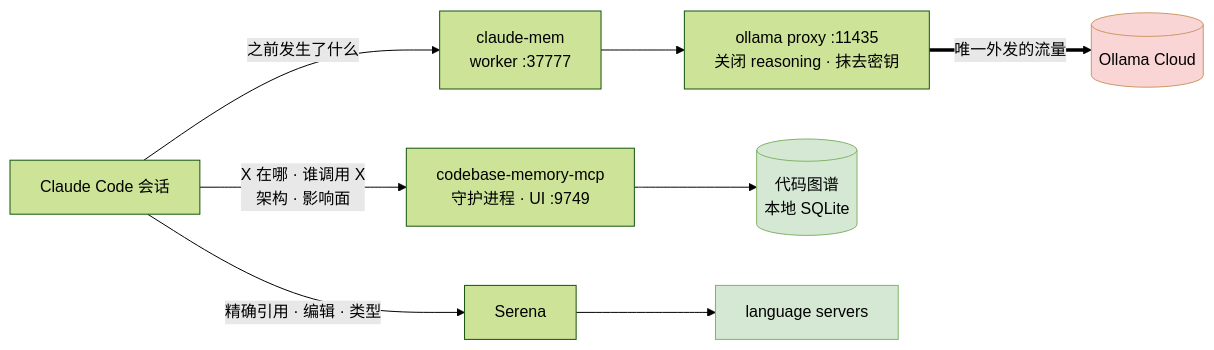
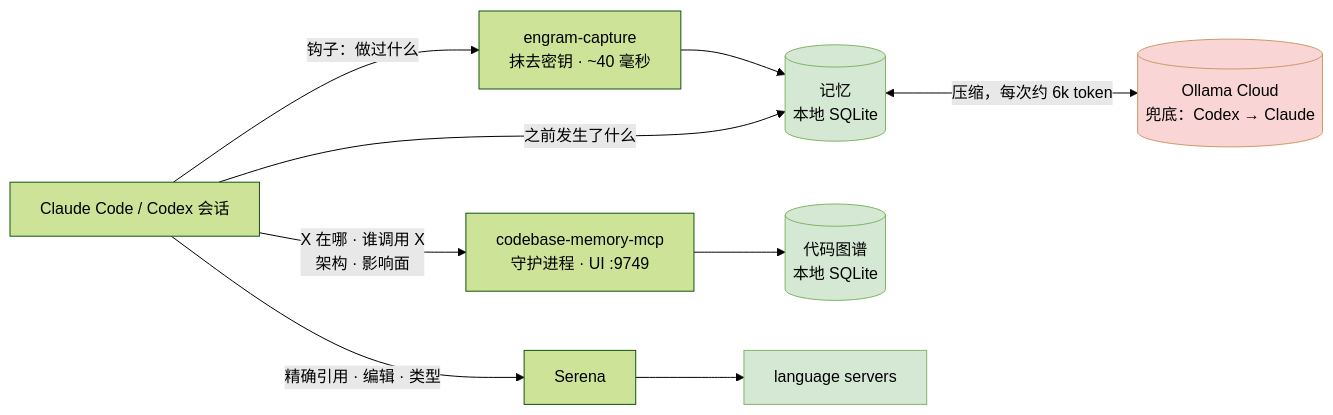
Before and after one commit to limeflash/claude-code-stack: the diagram in README.zh-CN.md, drawn with Mermaid (forest theme). The commit also changed other lines of this file and 10 other files, not shown here.

First line of the commit message:
Replace claude-mem, its proxy and watchdog with quipu

````diff
--- a/README.zh-CN.md
+++ b/README.zh-CN.md
@@ -45,18 +44,20 @@
 ```mermaid
 flowchart LR
-    CC["Claude Code 会话"]
+    CC["Claude Code / Codex 会话"]
 
-    CC -->|"之前发生了什么"| CM["claude-mem<br/>worker :37777"]
-    CM --> PX["ollama proxy :11435<br/>关闭 reasoning · 抹去密钥"]
-    PX ==>|"唯一外发的流量"| OC[("Ollama Cloud")]
+    CC -->|"钩子：做过什么"| CAP["engram-capture<br/>抹去密钥 · ~40 毫秒"]
+    CAP --> MEM[("记忆<br/>本地 SQLite")]
+    MEM <-->|"压缩，每次约 6k token"| OC[("Ollama Cloud<br/>兜底：Codex → Claude")]
+    CC -->|"之前发生了什么"| MEM
 
     CC -->|"X 在哪 · 谁调用 X<br/>架构 · 影响面"| CBM["codebase-memory-mcp<br/>守护进程 · UI :9749"]
     CBM --> GR[("代码图谱<br/>本地 SQLite")]
 
     CC -->|"精确引用 · 编辑 · 类型"| SR["Serena"]
     SR --> LS["language servers"]
 
     style OC fill:#f9d5d5,stroke:#c96
+    style MEM fill:#d5e8d4,stroke:#82b366
     style GR fill:#d5e8d4,stroke:#82b366
     style LS fill:#d5e8d4,stroke:#82b366
 ```
````
